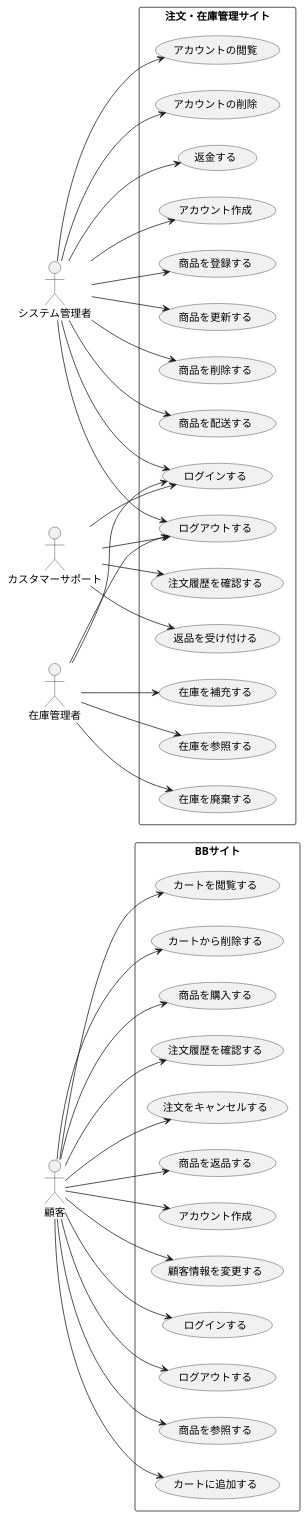
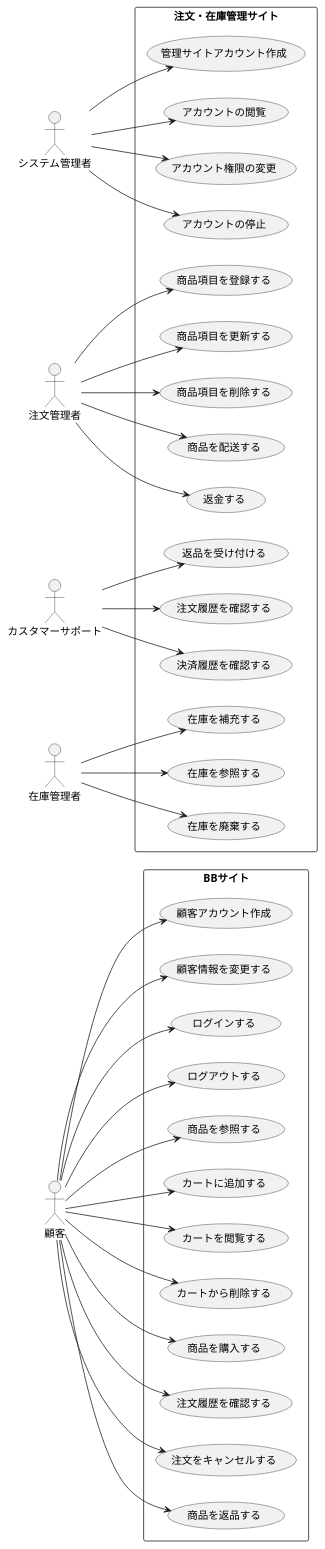
The diagram in BB/usecase.pu (FujikawaHirono0520/group3_1_dogdog), drawn with PlantUML before and after one commit.

```diff
--- a/BB/usecase.pu
+++ b/BB/usecase.pu
@@ -1,78 +1,87 @@
 @startuml BB注文管理システムユースケース図
 left to right direction
 actor 顧客 as U
 
 actor システム管理者 as M
 
+actor 注文管理者 as OM
+
 actor カスタマーサポート as CS
 
 actor 在庫管理者 as SM
 
 rectangle BBサイト {
-  usecase "アカウント作成" as UC1
+  usecase "顧客アカウント作成" as UC1
   usecase "顧客情報を変更する" as UC2
   usecase "ログインする" as UC3
   usecase "ログアウトする" as UC4
   usecase "商品を参照する" as UC5
   usecase "カートに追加する" as UC6
   usecase "カートを閲覧する" as UC7
   usecase "カートから削除する" as UC8
   usecase "商品を購入する" as UC9
   usecase "注文履歴を確認する" as UC10
   usecase "注文をキャンセルする" as UC11
   usecase "商品を返品する" as UC12
 }
 
 rectangle 注文・在庫管理サイト {
-  usecase "アカウント作成" as UC13
-  usecase "ログインする" as UC14
-  usecase "ログアウトする" as UC15
-  usecase "商品を登録する" as UC16
-  usecase "商品を更新する" as UC17
-  usecase "商品を削除する" as UC18
-  usecase "商品を配送する" as UC19
-  usecase "アカウントの閲覧" as UC20
-  usecase "アカウントの削除" as UC21
-  usecase "返金する" as UC22
-  usecase "返品を受け付ける" as UC23
-  usecase "注文履歴を確認する" as UC24
+  usecase "管理サイトアカウント作成" as UC13
+  usecase "アカウントの閲覧" as UC14
+  usecase "アカウント権限の変更" as UC15
+  usecase "アカウントの停止" as UC16
+  ' usecase "ログインする" as UC17
+  ' usecase "ログアウトする" as UC18
+  usecase "商品項目を登録する" as UC17
+  usecase "商品項目を更新する" as UC18
+  usecase "商品項目を削除する" as UC19
+  usecase "商品を配送する" as UC20
+  usecase "返金する" as UC21
+  usecase "返品を受け付ける" as UC22
+  usecase "注文履歴を確認する" as UC23
+  usecase "決済履歴を確認する" as UC24
   usecase "在庫を補充する" as UC25
   usecase "在庫を参照する" as UC26
   usecase "在庫を廃棄する" as UC27
 }
 
 U --> UC1
 U --> UC2
 U --> UC3
 U --> UC4
 U --> UC5
 U --> UC6
 U --> UC7
 U --> UC8
 U --> UC9
 U --> UC10
 U --> UC11
 U --> UC12
 
 M --> UC13
+' M --> UC17 
+' M --> UC18
 M --> UC14
 M --> UC15
 M --> UC16
-M --> UC17
-M --> UC18
-M --> UC19
-M --> UC20
-M --> UC21
-M --> UC22
 
-CS --> UC14
-CS --> UC15
+' OM --> UC17
+' OM --> UC18
+OM --> UC17
+OM --> UC18
+OM --> UC19
+OM --> UC20
+OM --> UC21
+
+' CS --> UC17
+' CS --> UC18
+CS --> UC22
 CS --> UC23
 CS --> UC24
 
-SM --> UC14
-SM --> UC15
+' SM --> UC17
+' SM --> UC18
 SM --> UC25
 SM --> UC26
 SM --> UC27
 @enduml
```
